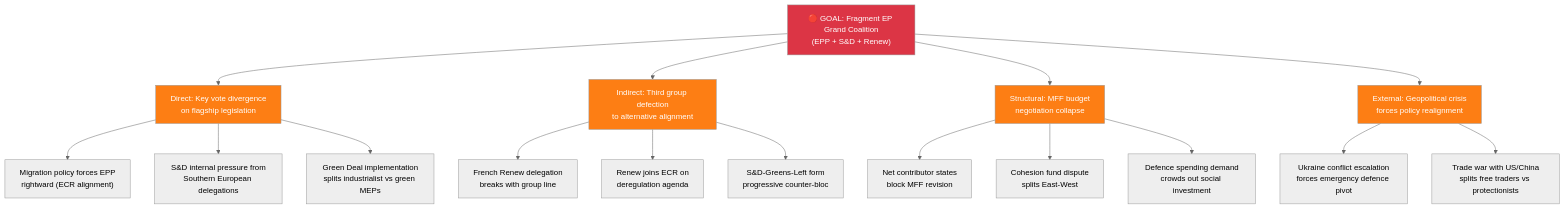
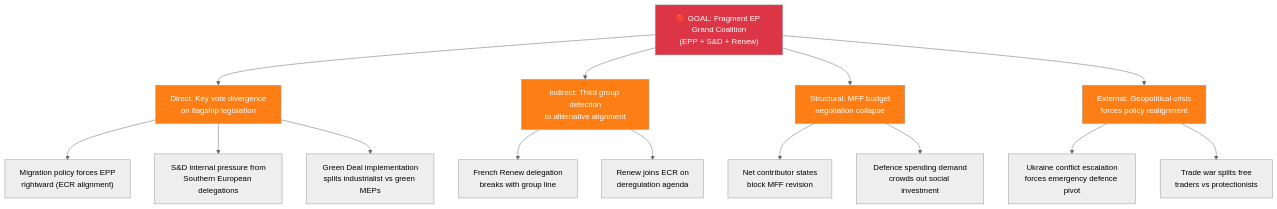
One commit to Hack23/euparliamentmonitor changed the third of 7 diagrams in analysis/methodologies/political-threat-framework.md. Above: the diagram before and after it, drawn with Mermaid (neutral theme). The commit also changed other lines of this file and 3 other files, not shown here.

````diff
--- a/analysis/methodologies/political-threat-framework.md
+++ b/analysis/methodologies/political-threat-framework.md
@@ -167,30 +201,28 @@
 ```mermaid
 graph TD
     Root["🔴 GOAL: Fragment EP Grand Coalition<br/>(EPP + S&D + Renew)"]
 
     Root --> A["Direct: Key vote divergence<br/>on flagship legislation"]
     Root --> B["Indirect: Third group defection<br/>to alternative alignment"]
     Root --> C["Structural: MFF budget<br/>negotiation collapse"]
     Root --> D["External: Geopolitical crisis<br/>forces policy realignment"]
 
     A --> A1["Migration policy forces EPP<br/>rightward (ECR alignment)"]
     A --> A2["S&D internal pressure from<br/>Southern European delegations"]
     A --> A3["Green Deal implementation<br/>splits industrialist vs green MEPs"]
 
     B --> B1["French Renew delegation<br/>breaks with group line"]
     B --> B2["Renew joins ECR on<br/>deregulation agenda"]
-    B --> B3["S&D-Greens-Left form<br/>progressive counter-bloc"]
 
     C --> C1["Net contributor states<br/>block MFF revision"]
-    C --> C2["Cohesion fund dispute<br/>splits East-West"]
-    C --> C3["Defence spending demand<br/>crowds out social investment"]
+    C --> C2["Defence spending demand<br/>crowds out social investment"]
 
     D --> D1["Ukraine conflict escalation<br/>forces emergency defence pivot"]
-    D --> D2["Trade war with US/China<br/>splits free traders vs protectionists"]
+    D --> D2["Trade war splits free<br/>traders vs protectionists"]
 
     style Root fill:#dc3545,color:#fff
     style A fill:#fd7e14,color:#fff
     style B fill:#fd7e14,color:#fff
     style C fill:#fd7e14,color:#fff
     style D fill:#fd7e14,color:#fff
 ```
````
